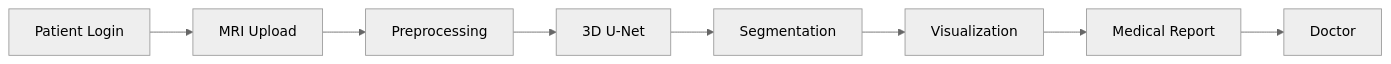
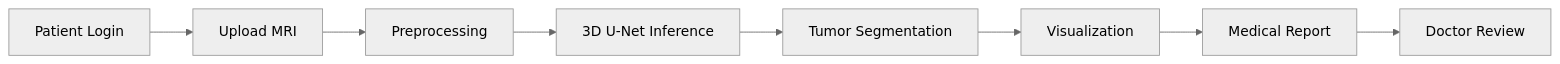
Before and after one commit to manojroyal422/BRAIN-TUMOR-SEGMENTATION-FROM-MUTLI-MODEL-MRI.: the ninth of 9 diagrams in README.md, drawn with Mermaid (neutral theme). The commit also changed other lines of this file, not shown here.

````diff
--- a/README.md
+++ b/README.md
@@ -1273,12 +1212,12 @@
 ```mermaid
 flowchart LR
 
 A[Patient Login]
---> B[MRI Upload]
+--> B[Upload MRI]
 --> C[Preprocessing]
---> D[3D U-Net]
---> E[Segmentation]
+--> D[3D U-Net Inference]
+--> E[Tumor Segmentation]
 --> F[Visualization]
 --> G[Medical Report]
---> H[Doctor]
+--> H[Doctor Review]
 ```
````
